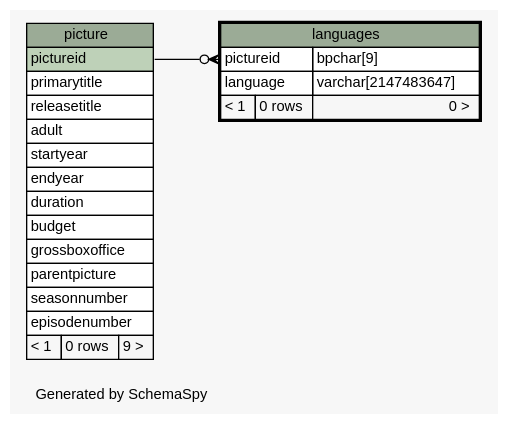
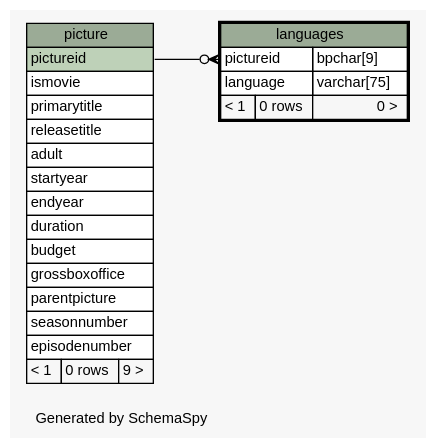
The diagram in populating-tables/schemaspy/diagrams/languages.1degree.dot (sipian/CS3563-DBMS), drawn with Graphviz before and after one commit. The commit also changed 66 other files, not shown here.

Commit message:
add diagram for latest schema

```diff
--- a/populating-tables/schemaspy/diagrams/languages.1degree.dot
+++ b/populating-tables/schemaspy/diagrams/languages.1degree.dot
@@ -1,55 +1,56 @@
 // dot 2.38.0 on Linux 4.13.0-32-generic
 // SchemaSpy rev 590
 digraph "oneDegreeRelationshipsDiagram" {
   graph [
     rankdir="RL"
     bgcolor="#f7f7f7"
     label="\nGenerated by SchemaSpy"
     labeljust="l"
     nodesep="0.18"
     ranksep="0.46"
     fontname="Helvetica"
     fontsize="11"
   ];
   node [
     fontname="Helvetica"
     fontsize="11"
     shape="plaintext"
   ];
   edge [
     arrowsize="0.8"
   ];
   "languages":"pictureid":w -> "picture":"pictureid":e [arrowhead=none dir=back arrowtail=crowodot];
   "languages" [
     label=<
     <TABLE BORDER="2" CELLBORDER="1" CELLSPACING="0" BGCOLOR="#ffffff">
       <TR><TD COLSPAN="3" BGCOLOR="#9bab96" ALIGN="CENTER">languages</TD></TR>
       <TR><TD PORT="pictureid" COLSPAN="2" ALIGN="LEFT">pictureid</TD><TD PORT="pictureid.type" ALIGN="LEFT">bpchar[9]</TD></TR>
-      <TR><TD PORT="language" COLSPAN="2" ALIGN="LEFT">language</TD><TD PORT="language.type" ALIGN="LEFT">varchar[2147483647]</TD></TR>
+      <TR><TD PORT="language" COLSPAN="2" ALIGN="LEFT">language</TD><TD PORT="language.type" ALIGN="LEFT">varchar[75]</TD></TR>
       <TR><TD ALIGN="LEFT" BGCOLOR="#f7f7f7">&lt; 1</TD><TD ALIGN="RIGHT" BGCOLOR="#f7f7f7">0 rows</TD><TD ALIGN="RIGHT" BGCOLOR="#f7f7f7">0 &gt;</TD></TR>
     </TABLE>>
     URL="languages.html"
     tooltip="languages"
   ];
   "picture" [
     label=<
     <TABLE BORDER="0" CELLBORDER="1" CELLSPACING="0" BGCOLOR="#ffffff">
       <TR><TD COLSPAN="3" BGCOLOR="#9bab96" ALIGN="CENTER">picture</TD></TR>
       <TR><TD PORT="pictureid" COLSPAN="3" BGCOLOR="#bed1b8" ALIGN="LEFT">pictureid</TD></TR>
+      <TR><TD PORT="ismovie" COLSPAN="3" ALIGN="LEFT">ismovie</TD></TR>
       <TR><TD PORT="primarytitle" COLSPAN="3" ALIGN="LEFT">primarytitle</TD></TR>
       <TR><TD PORT="releasetitle" COLSPAN="3" ALIGN="LEFT">releasetitle</TD></TR>
       <TR><TD PORT="adult" COLSPAN="3" ALIGN="LEFT">adult</TD></TR>
       <TR><TD PORT="startyear" COLSPAN="3" ALIGN="LEFT">startyear</TD></TR>
       <TR><TD PORT="endyear" COLSPAN="3" ALIGN="LEFT">endyear</TD></TR>
       <TR><TD PORT="duration" COLSPAN="3" ALIGN="LEFT">duration</TD></TR>
       <TR><TD PORT="budget" COLSPAN="3" ALIGN="LEFT">budget</TD></TR>
       <TR><TD PORT="grossboxoffice" COLSPAN="3" ALIGN="LEFT">grossboxoffice</TD></TR>
       <TR><TD PORT="parentpicture" COLSPAN="3" ALIGN="LEFT">parentpicture</TD></TR>
       <TR><TD PORT="seasonnumber" COLSPAN="3" ALIGN="LEFT">seasonnumber</TD></TR>
       <TR><TD PORT="episodenumber" COLSPAN="3" ALIGN="LEFT">episodenumber</TD></TR>
       <TR><TD ALIGN="LEFT" BGCOLOR="#f7f7f7">&lt; 1</TD><TD ALIGN="RIGHT" BGCOLOR="#f7f7f7">0 rows</TD><TD ALIGN="RIGHT" BGCOLOR="#f7f7f7">9 &gt;</TD></TR>
     </TABLE>>
     URL="picture.html"
     tooltip="picture"
   ];
 }
```
